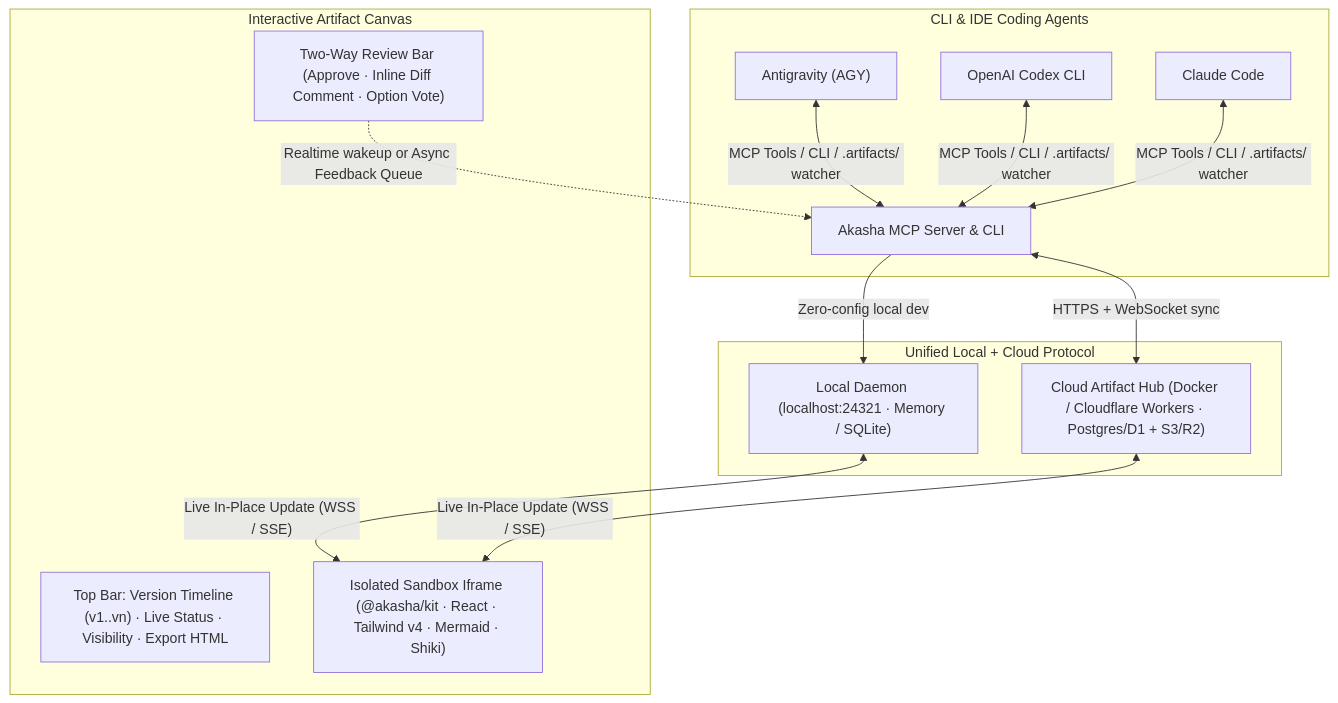
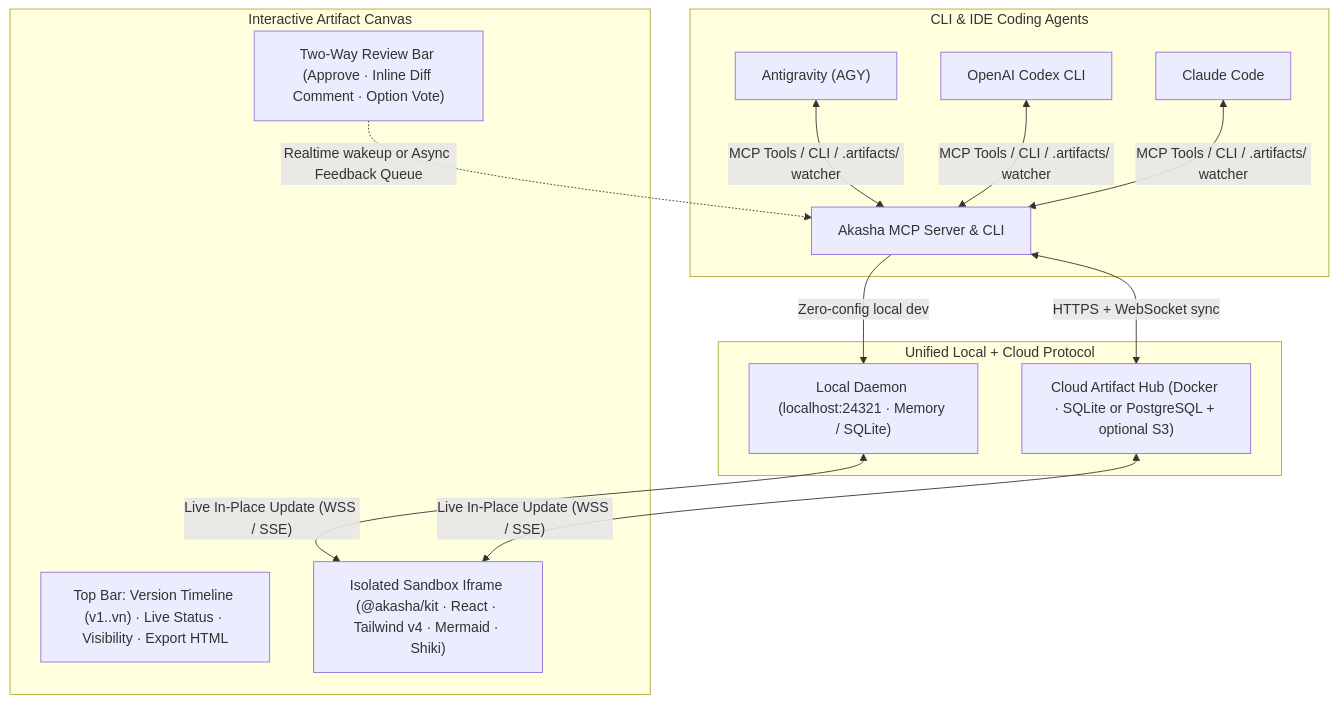
One commit to VOD-Studio/akasha-artifacts changed the diagram in README.md. Above: the diagram before and after it, drawn with Mermaid. The commit also changed other lines of this file and 103 other files, not shown here.

First line of the commit message:
feat: 支持画布直改与 Cloud Hub 自托管 (#51)

````diff
--- a/README.md
+++ b/README.md
@@ -87,26 +87,26 @@
 ```mermaid
 flowchart TB
     subgraph Agents["CLI & IDE Coding Agents"]
         AG["Antigravity (AGY)"]
         CX["OpenAI Codex CLI"]
         CC["Claude Code"]
         MCP["Akasha MCP Server & CLI"]
     end
 
     subgraph Modes["Unified Local + Cloud Protocol"]
         LOCAL["Local Daemon (localhost:24321 · Memory / SQLite)"]
-        CLOUD["Cloud Artifact Hub (Docker / Cloudflare Workers · Postgres/D1 + S3/R2)"]
+        CLOUD["Cloud Artifact Hub (Docker · SQLite or PostgreSQL + optional S3)"]
     end
 
     subgraph Browser["Interactive Artifact Canvas"]
         BAR["Top Bar: Version Timeline (v1..vn) · Live Status · Visibility · Export HTML"]
         SANDBOX["Isolated Sandbox Iframe (@akasha/kit · React · Tailwind v4 · Mermaid · Shiki)"]
         HITL["Two-Way Review Bar (Approve · Inline Diff Comment · Option Vote)"]
     end
 
     AG & CX & CC <-->|"MCP Tools / CLI / .artifacts/ watcher"| MCP
     MCP -->|"Zero-config local dev"| LOCAL
     MCP <-->|"HTTPS + WebSocket sync"| CLOUD
     LOCAL & CLOUD <-->|"Live In-Place Update (WSS / SSE)"| SANDBOX
     HITL -.->|"Realtime wakeup or Async Feedback Queue"| MCP
 ```
````
